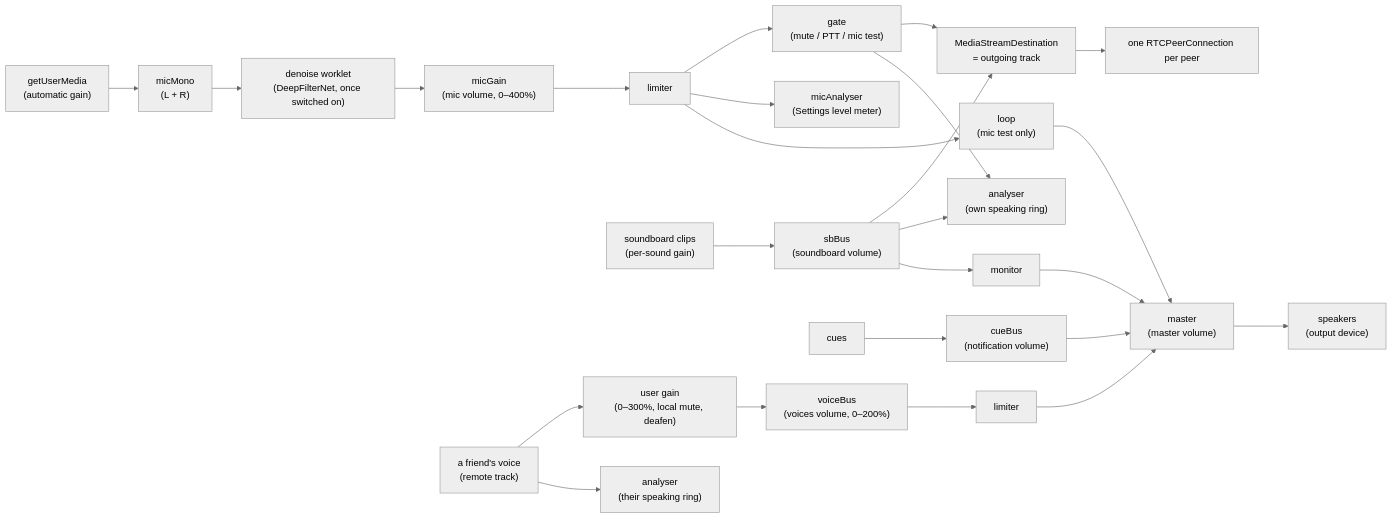
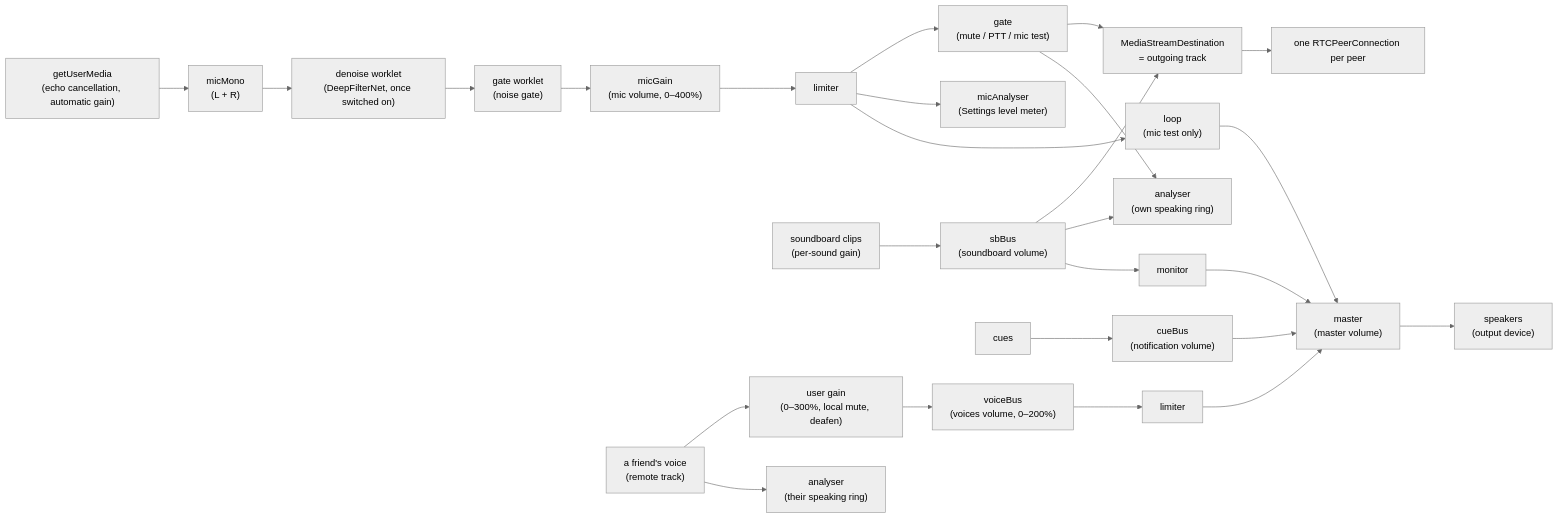
One commit to nickolaiposs/friendspeak changed the second of 3 diagrams in docs/ARCHITECTURE.md. Above: the diagram before and after it, drawn with Mermaid (neutral theme). The commit also changed other lines of this file and 8 other files, not shown here.

First line of the commit message:
Voice: echo cancellation and a noise gate with a level bar, both on by default (D48)

````diff
--- a/docs/ARCHITECTURE.md
+++ b/docs/ARCHITECTURE.md
@@ -334,17 +334,17 @@
 ```mermaid
 flowchart LR
-  Mic["getUserMedia<br/>(automatic gain)"] --> Mono["micMono<br/>(L + R)"] --> Denoise["denoise worklet<br/>(DeepFilterNet, once switched on)"] --> MicGain["micGain<br/>(mic volume, 0–400%)"] --> MicLim["limiter"] --> Gate["gate<br/>(mute / PTT / mic test)"]
+  Mic["getUserMedia<br/>(echo cancellation, automatic gain)"] --> Mono["micMono<br/>(L + R)"] --> Denoise["denoise worklet<br/>(DeepFilterNet, once switched on)"] --> NoiseGate["gate worklet<br/>(noise gate)"] --> MicGain["micGain<br/>(mic volume, 0–400%)"] --> MicLim["limiter"] --> Gate["gate<br/>(mute / PTT / mic test)"]
   MicLim --> MicA["micAnalyser<br/>(Settings level meter)"]
   MicLim --> Loop["loop<br/>(mic test only)"] --> Master
   Gate --> Out["MediaStreamDestination<br/>= outgoing track"]
   Gate --> SelfA["analyser<br/>(own speaking ring)"]
   SB["soundboard clips<br/>(per-sound gain)"] --> Bus["sbBus<br/>(soundboard volume)"]
   Bus --> Out
   Bus --> SelfA
   Bus --> Mon["monitor"] --> Master["master<br/>(master volume)"] --> Speakers["speakers<br/>(output device)"]
   Out --> PCs["one RTCPeerConnection per peer"]
   Remote["a friend's voice<br/>(remote track)"] --> UserGain["user gain<br/>(0–300%, local mute, deafen)"]
   Remote --> PeerA["analyser<br/>(their speaking ring)"]
   UserGain --> VoiceBus["voiceBus<br/>(voices volume, 0–200%)"] --> VoiceLim["limiter"] --> Master
   Cues["cues"] --> CueBus["cueBus<br/>(notification volume)"] --> Master
 ```
````
